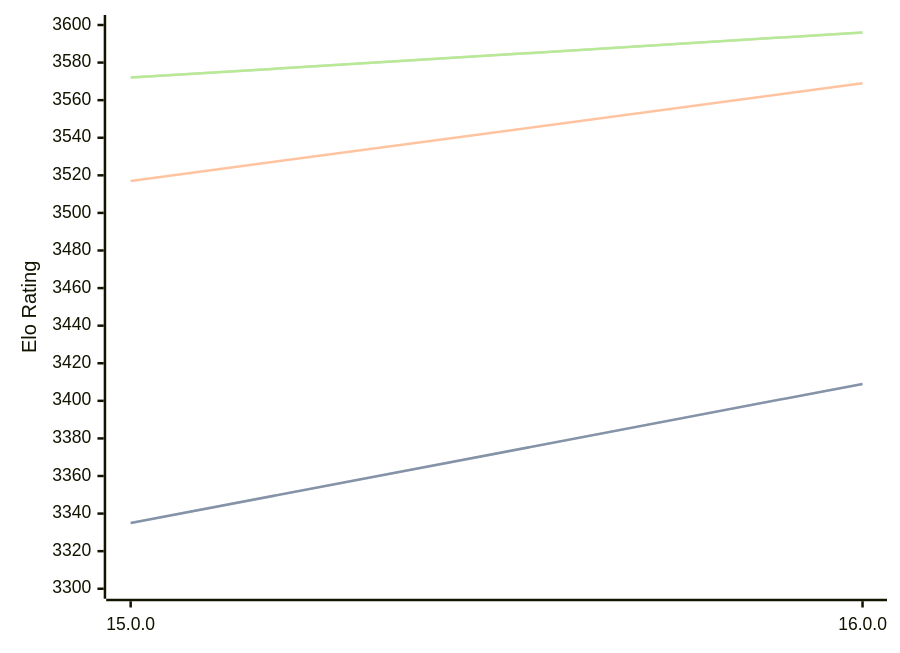
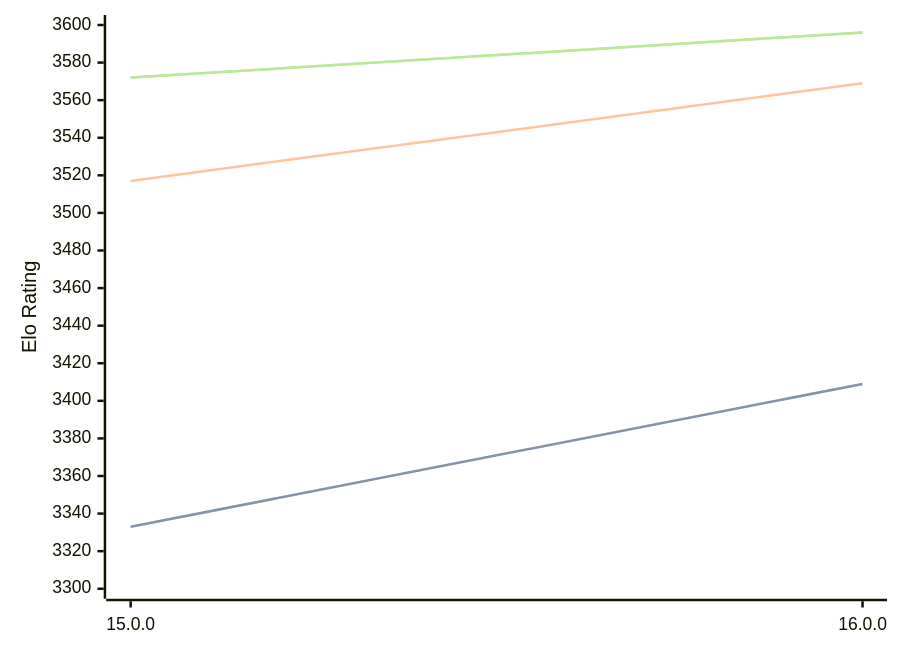
Before and after one commit to computer-chess-index/cci: the diagram in engines/Halogen.md, drawn with Mermaid. The commit also changed other lines of this file, not shown here.

````diff
--- a/engines/Halogen.md
+++ b/engines/Halogen.md
@@ -50,11 +50,11 @@
 ```mermaid
 %%{init: {"theme":"base","themeVariables":{"seriesColors:['#a3a3a3','#222221','#faa371']}}}%%
 xychart-beta
   x-axis ["15.0.0", "16.0.0"]
   y-axis "Elo Rating" 3300 --> 3600
-  line "STC (8.0+0.08s)" [3335, 3409]
-  line "STC (8.0+0.08s)" [3335, 3409]
+  line "STC (8.0+0.08s)" [3333, 3409]
+  line "STC (8.0+0.08s)" [3333, 3409]
   line "LTC (60.0+0.60s)" [3517, 3569]
   line "VLTC (2m24s+1.12s)" [3572, 3596]
   line "VLTC (2m24s+1.12s)" [3572, 3596]
 ```
````
